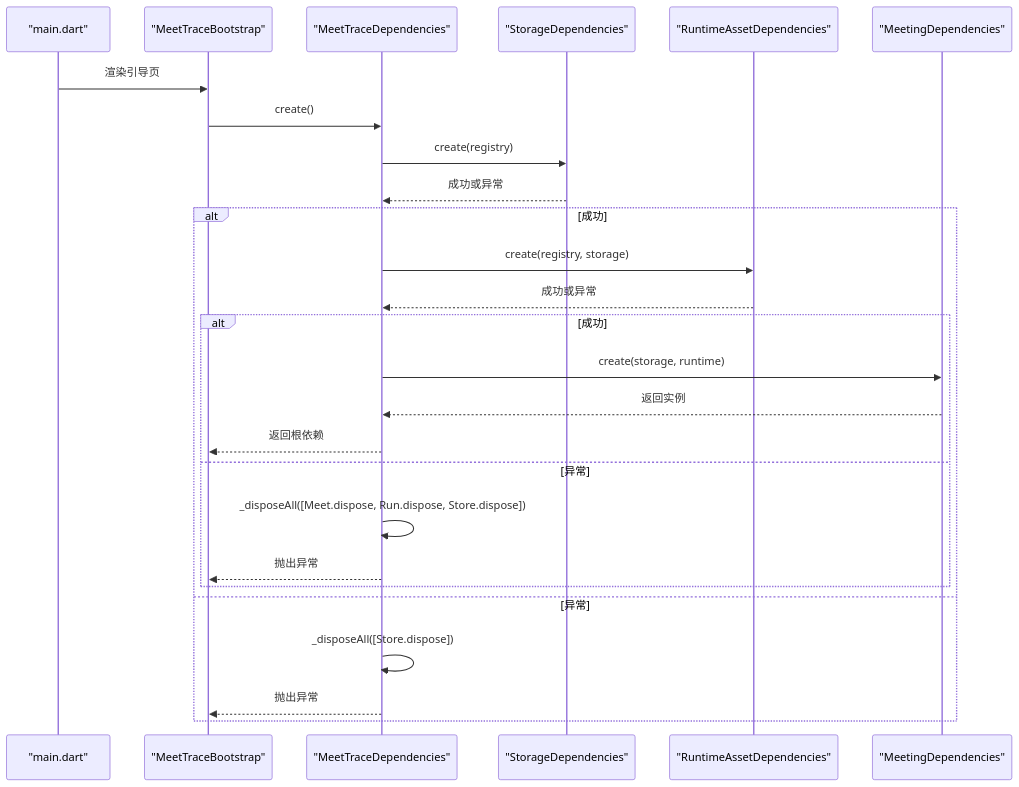
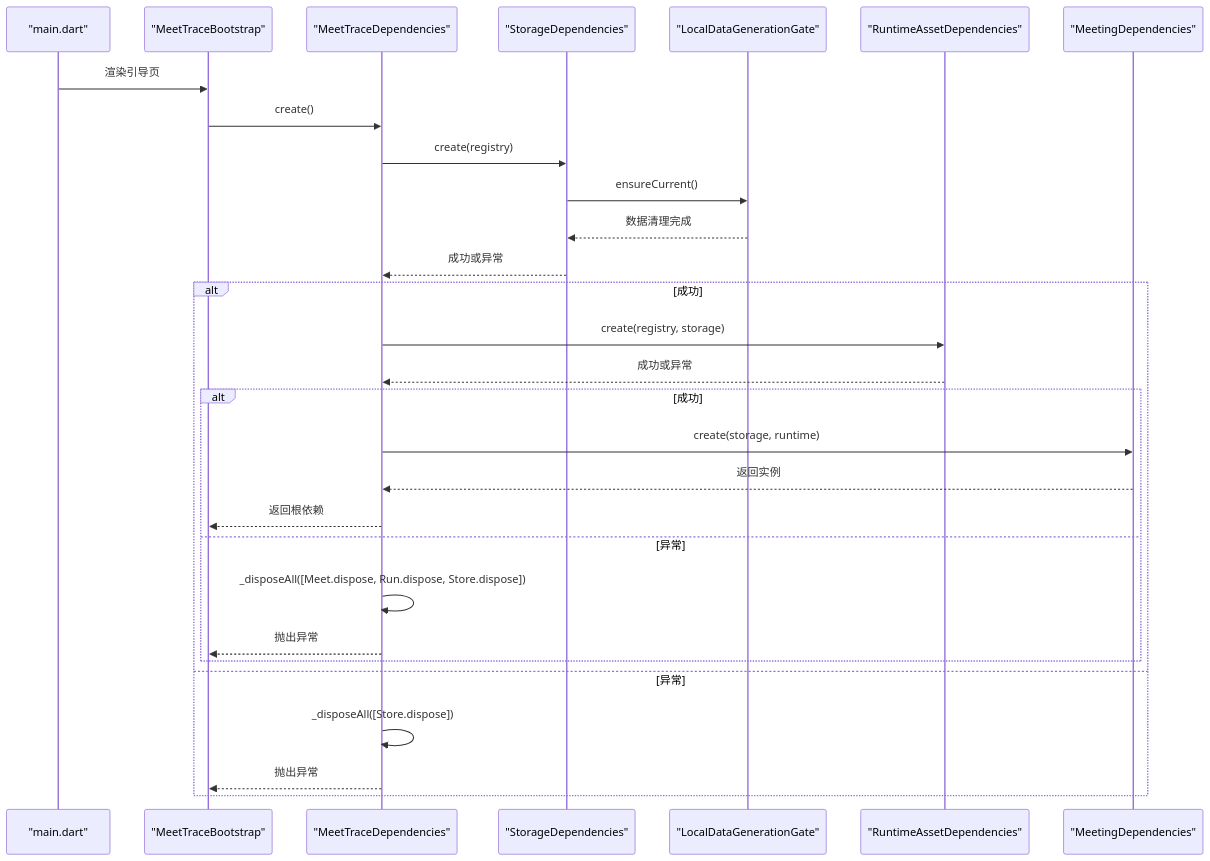
One commit to zhangheng2022/meet_trace changed the third of 4 diagrams in .qoder/repowiki/zh/content/架构设计/依赖注入.md. Above: the diagram before and after it, drawn with Mermaid. The commit also changed other lines of this file and 220 other files, not shown here.

````diff
--- a/.qoder/repowiki/zh/content/架构设计/依赖注入.md
+++ b/.qoder/repowiki/zh/content/架构设计/依赖注入.md
@@ -145,28 +170,31 @@
 ```mermaid
 sequenceDiagram
 participant Main as "main.dart"
 participant Bootstrap as "MeetTraceBootstrap"
 participant Root as "MeetTraceDependencies"
 participant Store as "StorageDependencies"
+participant Gate as "LocalDataGenerationGate"
 participant Run as "RuntimeAssetDependencies"
 participant Meet as "MeetingDependencies"
 Main->>Bootstrap : 渲染引导页
 Bootstrap->>Root : create()
 Root->>Store : create(registry)
+Store->>Gate : ensureCurrent()
+Gate-->>Store : 数据清理完成
 Store-->>Root : 成功或异常
 alt 成功
 Root->>Run : create(registry, storage)
 Run-->>Root : 成功或异常
 alt 成功
 Root->>Meet : create(storage, runtime)
 Meet-->>Root : 返回实例
 Root-->>Bootstrap : 返回根依赖
 else 异常
 Root->>Root : _disposeAll([Meet.dispose, Run.dispose, Store.dispose])
 Root-->>Bootstrap : 抛出异常
 end
 else 异常
 Root->>Root : _disposeAll([Store.dispose])
 Root-->>Bootstrap : 抛出异常
 end
 ```
````
